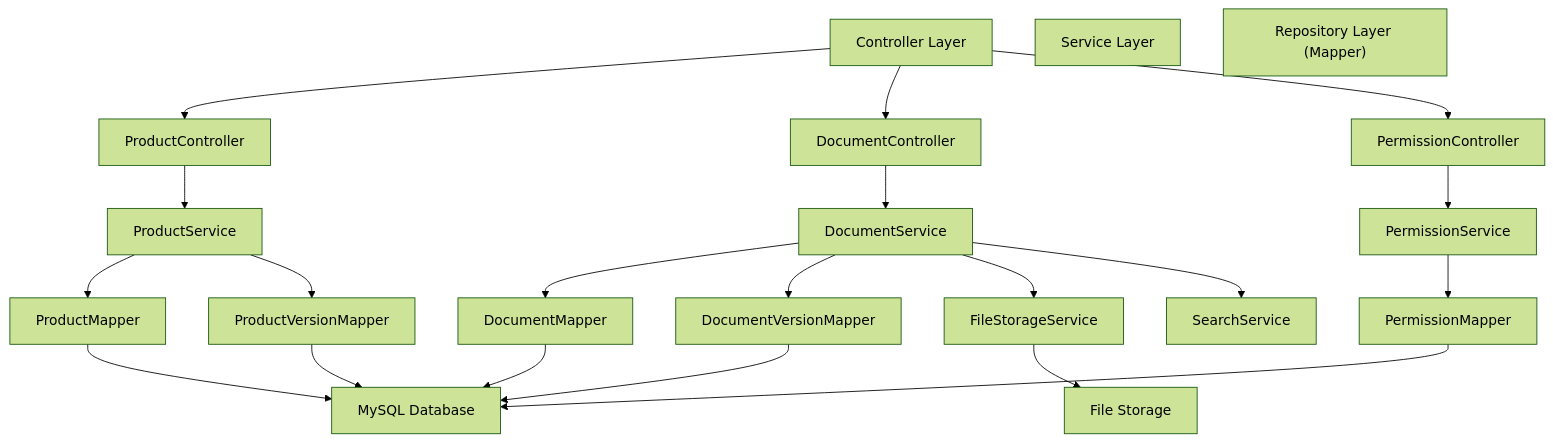
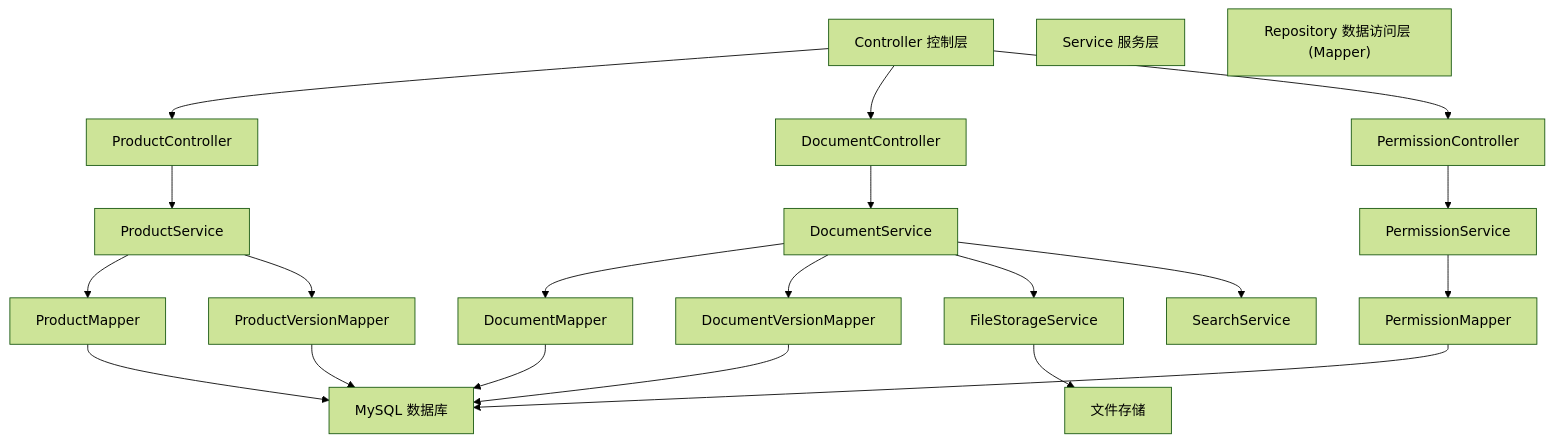
The third of 4 diagrams in .monkeycode/specs/product-management/design.md (dulylau/aikb), drawn with Mermaid (forest theme) before and after one commit. The commit also changed other lines of this file and 1 other file, not shown here.

````diff
--- a/.monkeycode/specs/product-management/design.md
+++ b/.monkeycode/specs/product-management/design.md
@@ -64,40 +64,40 @@
 ```mermaid
 graph TD
-    A["Controller Layer"]
-    B["Service Layer"]
-    C["Repository Layer (Mapper)"]
-    D["MySQL Database"]
-    E["File Storage"]
+    A["Controller 控制层"]
+    B["Service 服务层"]
+    C["Repository 数据访问层 (Mapper)"]
+    D["MySQL 数据库"]
+    E["文件存储"]
     A1["ProductController"]
     A2["DocumentController"]
     A3["PermissionController"]
     B1["ProductService"]
     B2["DocumentService"]
     B3["PermissionService"]
     B4["FileStorageService"]
     B5["SearchService"]
     C1["ProductMapper"]
     C2["ProductVersionMapper"]
     C3["DocumentMapper"]
     C4["DocumentVersionMapper"]
     C5["PermissionMapper"]
     A --> A1
     A --> A2
     A --> A3
     A1 --> B1
     A2 --> B2
     A3 --> B3
     B1 --> C1
     B1 --> C2
     B2 --> C3
     B2 --> C4
     B2 --> B4
     B2 --> B5
     B3 --> C5
     B4 --> E
     C1 --> D
     C2 --> D
     C3 --> D
     C4 --> D
     C5 --> D
 ```
````
